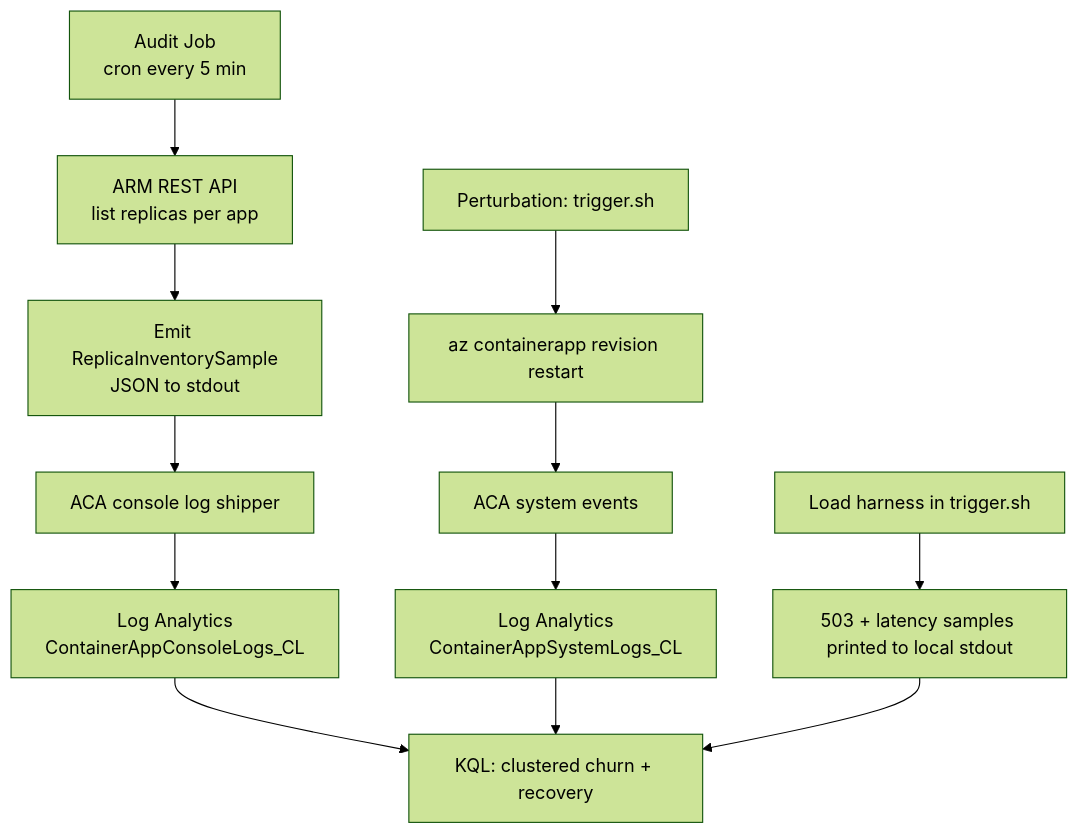
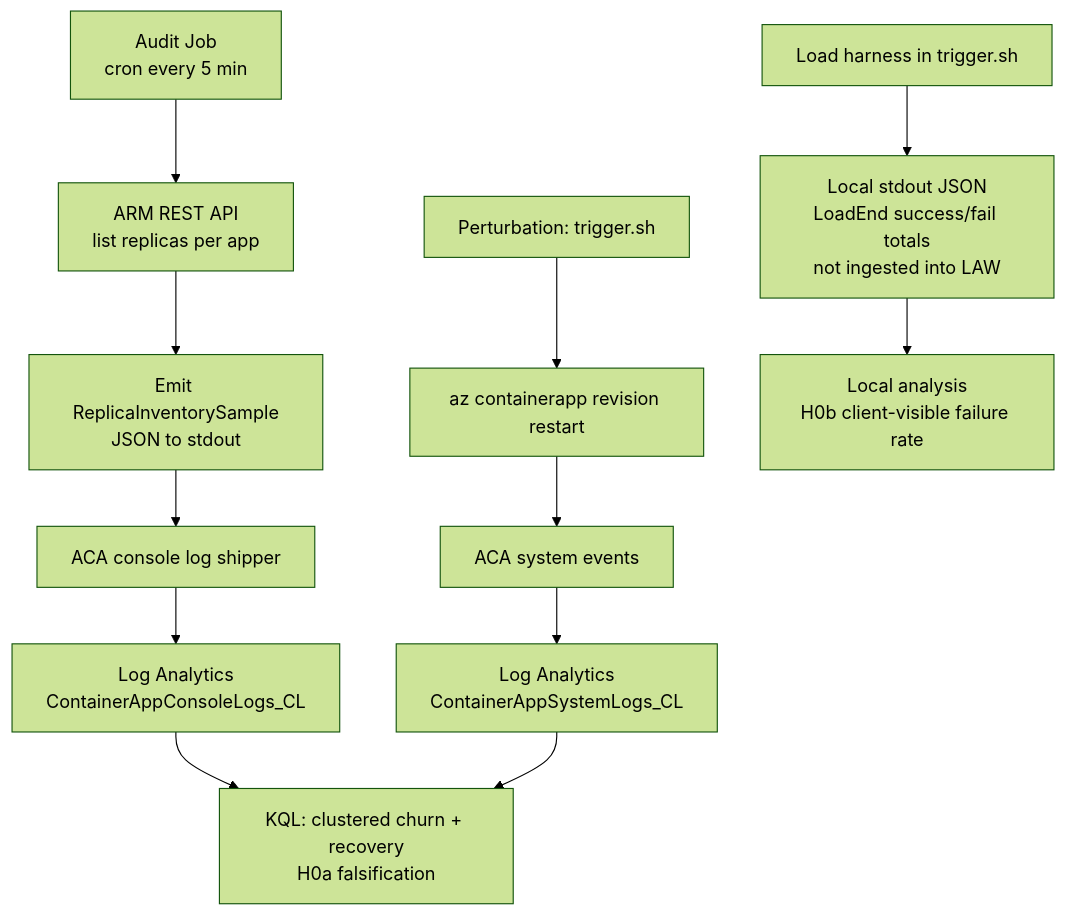
One commit to yeongseon/azure-container-apps-practical-guide changed the diagram in labs/zone-redundancy-best-effort/README.md. Above: the diagram before and after it, drawn with Mermaid (forest theme). The commit also changed 3 other files, not shown here.

First line of the commit message:
docs: narrow H0b to local trigger.sh totals and harden audit sampler per Oracle R6

````diff
--- a/labs/zone-redundancy-best-effort/README.md
+++ b/labs/zone-redundancy-best-effort/README.md
@@ -83,14 +83,14 @@
 ```mermaid
 flowchart TD
     A[Audit Job<br/>cron every 5 min] --> B[ARM REST API<br/>list replicas per app]
     B --> C[Emit ReplicaInventorySample<br/>JSON to stdout]
     C --> D[ACA console log shipper]
     D --> E[Log Analytics<br/>ContainerAppConsoleLogs_CL]
     F[Perturbation: trigger.sh] --> G[az containerapp revision restart]
     G --> H[ACA system events]
     H --> I[Log Analytics<br/>ContainerAppSystemLogs_CL]
-    E --> J[KQL: clustered churn + recovery]
+    E --> J[KQL: clustered churn + recovery<br/>H0a falsification]
     I --> J
-    K[Load harness in trigger.sh] --> L[503 + latency samples printed to local stdout]
-    L --> J
+    K[Load harness in trigger.sh] --> L[Local stdout JSON<br/>LoadEnd success/fail totals<br/>not ingested into LAW]
+    L --> M[Local analysis<br/>H0b client-visible failure rate]
 ```
````
